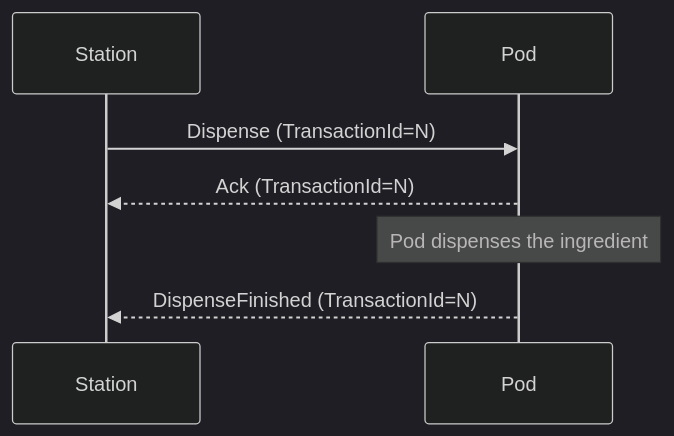
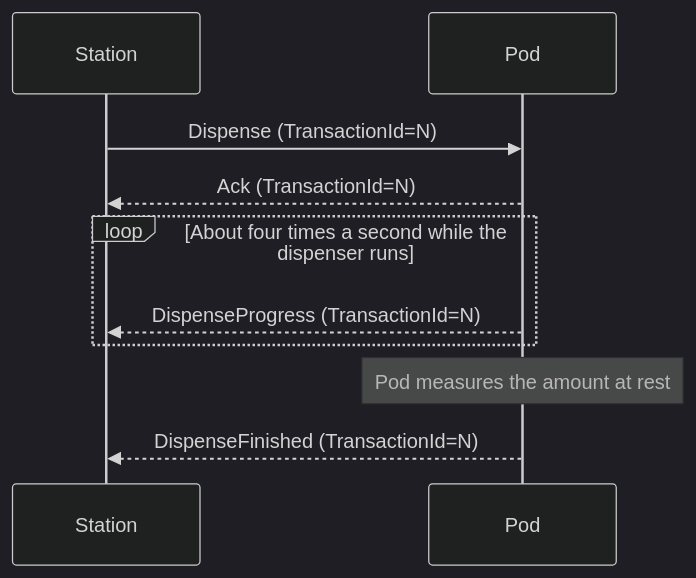
One commit to mathisloge/cocktail-maker changed the fourth of 4 diagrams in docs/system/modules/ROOT/pages/protocol.adoc. Above: the diagram before and after it, drawn with Mermaid (dark theme). The commit also changed other lines of this file and 3 other files, not shown here.

```diff
--- a/docs/system/modules/ROOT/pages/protocol.adoc
+++ b/docs/system/modules/ROOT/pages/protocol.adoc
@@ -170,11 +188,14 @@
 [mermaid, target="pattern-request-ack-event", format="svg"]
 ....
 sequenceDiagram
     participant Station
     participant Pod
 
     Station->>Pod: Dispense (TransactionId=N)
     Pod-->>Station: Ack (TransactionId=N)
-    Note over Pod: Pod dispenses the ingredient
+    loop About four times a second while the dispenser runs
+        Pod-->>Station: DispenseProgress (TransactionId=N)
+    end
+    Note over Pod: Pod measures the amount at rest
     Pod-->>Station: DispenseFinished (TransactionId=N)
 ....
```
